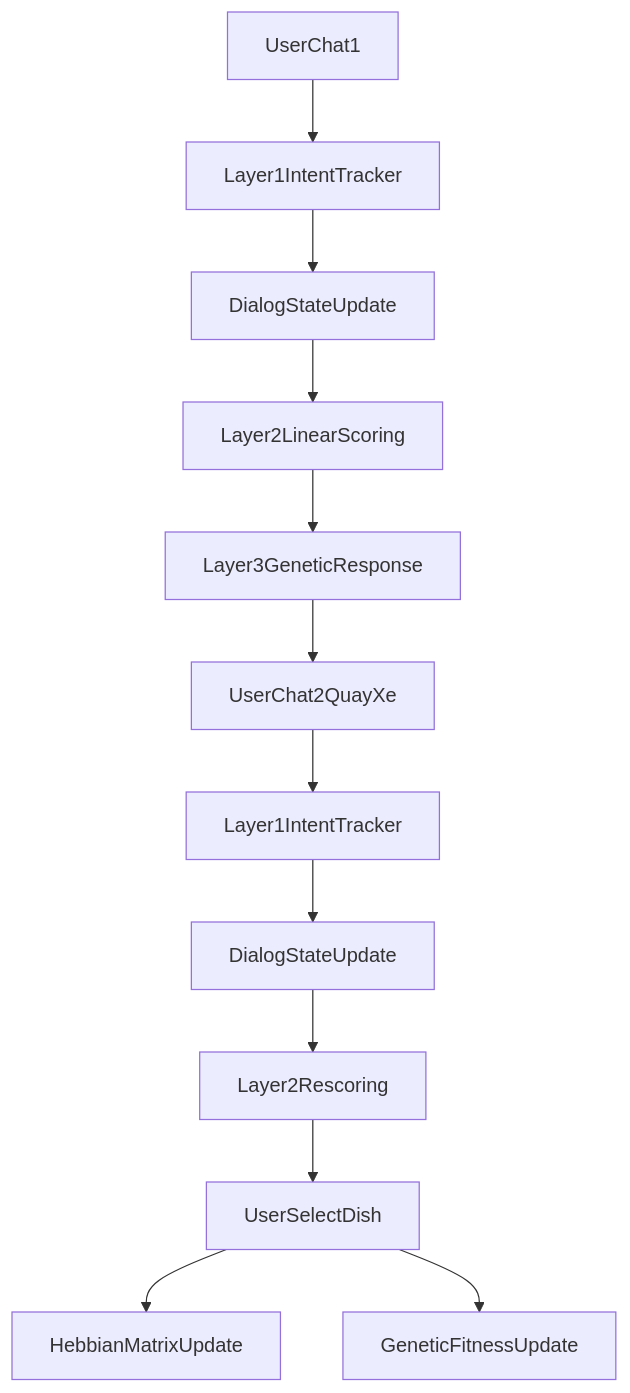
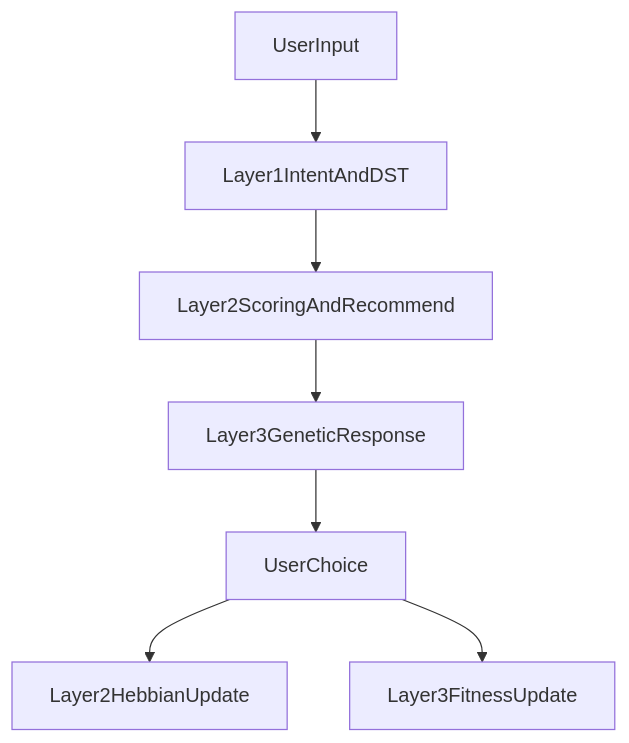
Before and after one commit to quac17/food-moo-duu: the diagram in README.md, drawn with Mermaid. The commit also changed other lines of this file and 43 other files, not shown here.

````diff
--- a/README.md
+++ b/README.md
@@ -97,14 +87,9 @@
 ```mermaid
 flowchart TD
-  userInput1[UserChat1] --> layer1Intent[Layer1IntentTracker]
-  layer1Intent --> dstUpdate[DialogStateUpdate]
-  dstUpdate --> layer2Score[Layer2LinearScoring]
-  layer2Score --> layer3Text[Layer3GeneticResponse]
-  layer3Text --> userInput2[UserChat2QuayXe]
-  userInput2 --> layer1Intent2[Layer1IntentTracker]
-  layer1Intent2 --> dstUpdate2[DialogStateUpdate]
-  dstUpdate2 --> layer2Rescore[Layer2Rescoring]
-  layer2Rescore --> userPick[UserSelectDish]
-  userPick --> hebbianUpdate[HebbianMatrixUpdate]
-  userPick --> fitnessUpdate[GeneticFitnessUpdate]
+  userInput[UserInput] --> layer1Run[Layer1IntentAndDST]
+  layer1Run --> layer2Run[Layer2ScoringAndRecommend]
+  layer2Run --> layer3Run[Layer3GeneticResponse]
+  layer3Run --> userChoice[UserChoice]
+  userChoice --> l2Update[Layer2HebbianUpdate]
+  userChoice --> l3Update[Layer3FitnessUpdate]
 ```
````
